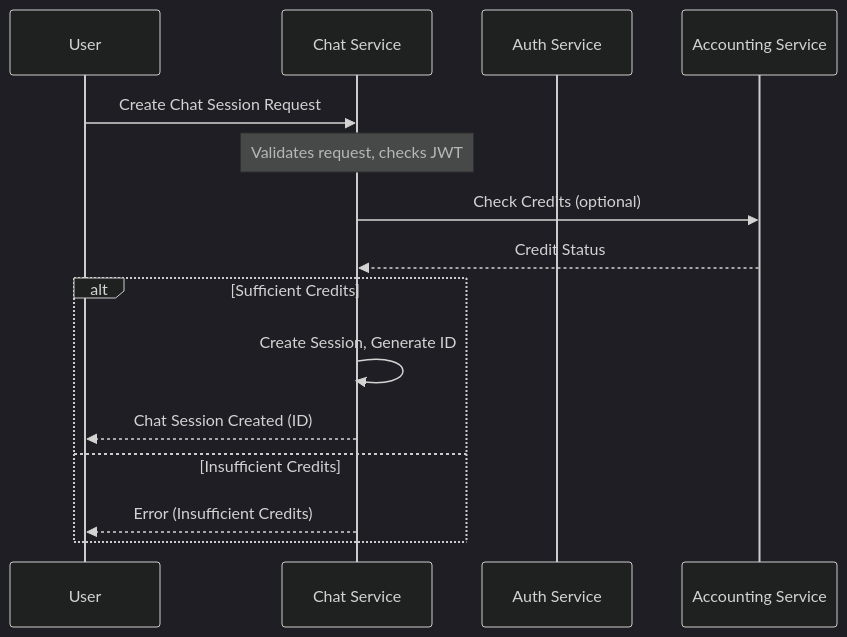
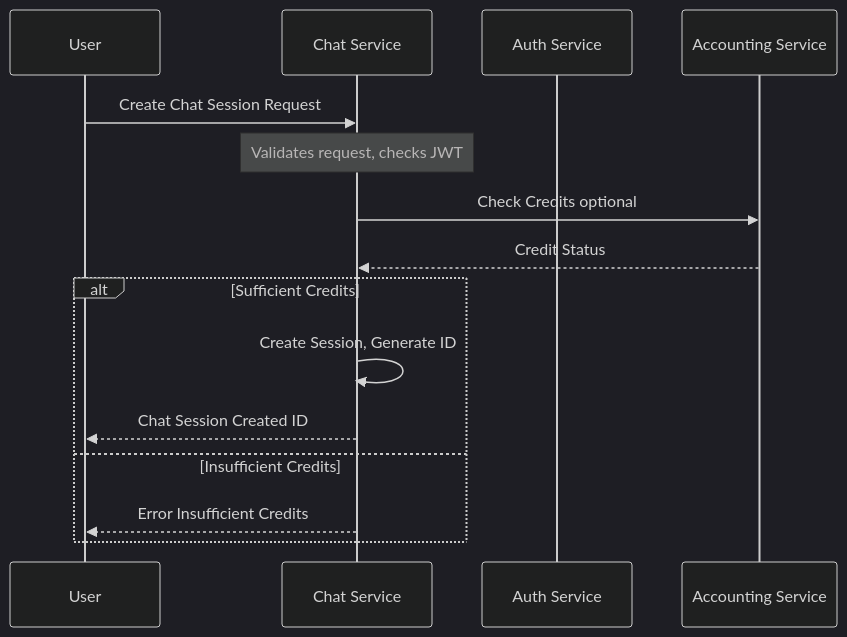
Before and after one commit to enoch-sit/tool-chatbot-boilerplate: the second of 5 diagrams in services/chat-service/docs/ChatFeatures.md, drawn with Mermaid (dark theme). The commit also changed other lines of this file and 19 other files, not shown here.

````diff
--- a/services/chat-service/docs/ChatFeatures.md
+++ b/services/chat-service/docs/ChatFeatures.md
@@ -150,18 +150,18 @@
 ```mermaid
 sequenceDiagram
     participant User
     participant Chat Service
     participant Auth Service
     participant Accounting Service
 
     User->>Chat Service: Create Chat Session Request
     Note over Chat Service: Validates request, checks JWT
-    Chat Service->>Accounting Service: Check Credits (optional)
+    Chat Service->>Accounting Service: Check Credits optional
     Accounting Service-->>Chat Service: Credit Status
     alt Sufficient Credits
         Chat Service->>Chat Service: Create Session, Generate ID
-        Chat Service-->>User: Chat Session Created (ID)
+        Chat Service-->>User: Chat Session Created ID
     else Insufficient Credits
-        Chat Service-->>User: Error (Insufficient Credits)
+        Chat Service-->>User: Error Insufficient Credits
     end
 ```
````
